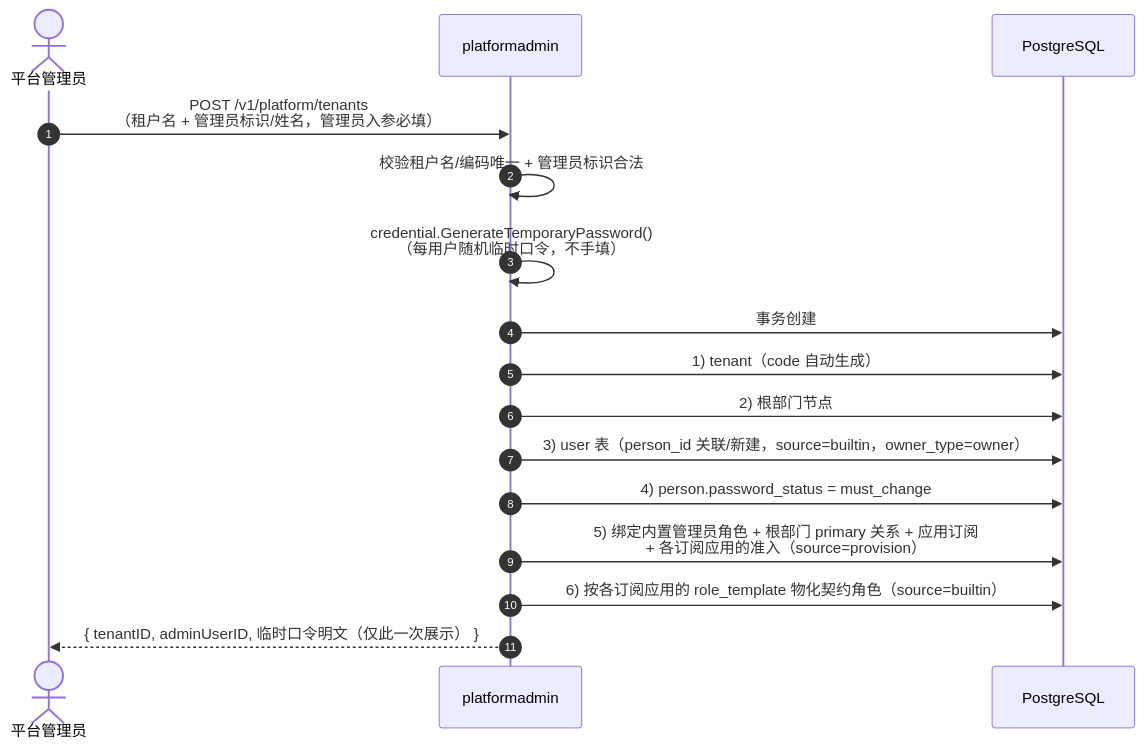
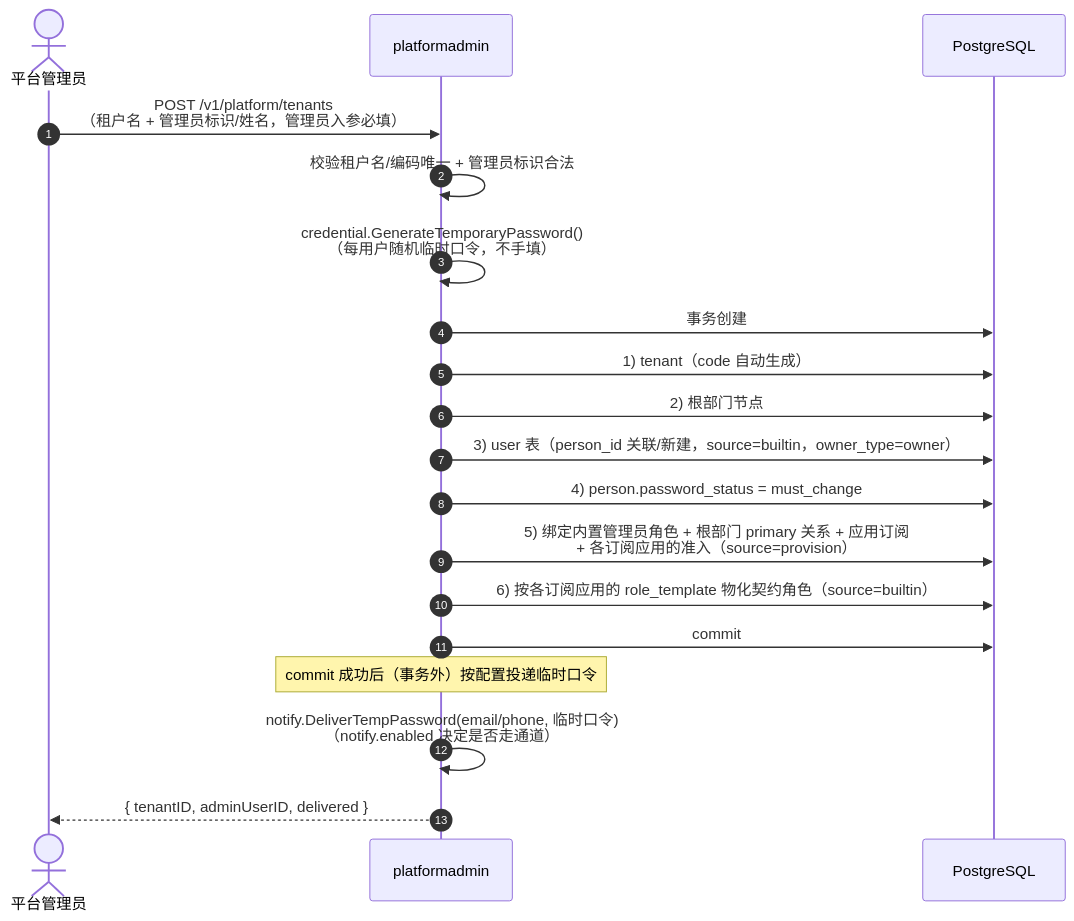
Before and after one commit to morehao/ark-iam: diagram 12 of 15 in docs/design/system-design.md, drawn with Mermaid. The commit also changed other lines of this file and 29 other files, not shown here.

````diff
--- a/docs/design/system-design.md
+++ b/docs/design/system-design.md
@@ -911,19 +911,22 @@
 ```mermaid
 sequenceDiagram
     autonumber
     actor P as 平台管理员
     participant PA as platformadmin
     participant DB as PostgreSQL
 
     P->>PA: POST /v1/platform/tenants<br/>（租户名 + 管理员标识/姓名，管理员入参必填）
     PA->>PA: 校验租户名/编码唯一 + 管理员标识合法
     PA->>PA: credential.GenerateTemporaryPassword()<br/>（每用户随机临时口令，不手填）
     PA->>DB: 事务创建
     PA->>DB: 1) tenant（code 自动生成）
     PA->>DB: 2) 根部门节点
     PA->>DB: 3) user 表（person_id 关联/新建，source=builtin，owner_type=owner）
     PA->>DB: 4) person.password_status = must_change
     PA->>DB: 5) 绑定内置管理员角色 + 根部门 primary 关系 + 应用订阅<br/>+ 各订阅应用的准入（source=provision）
     PA->>DB: 6) 按各订阅应用的 role_template 物化契约角色（source=builtin）
-    PA-->>P: { tenantID, adminUserID, 临时口令明文（仅此一次展示） }
+    PA->>DB: commit
+    Note over PA: commit 成功后（事务外）按配置投递临时口令
+    PA->>PA: notify.DeliverTempPassword(email/phone, 临时口令)<br/>（notify.enabled 决定是否走通道）
+    PA-->>P: { tenantID, adminUserID, delivered }
 ```
````
